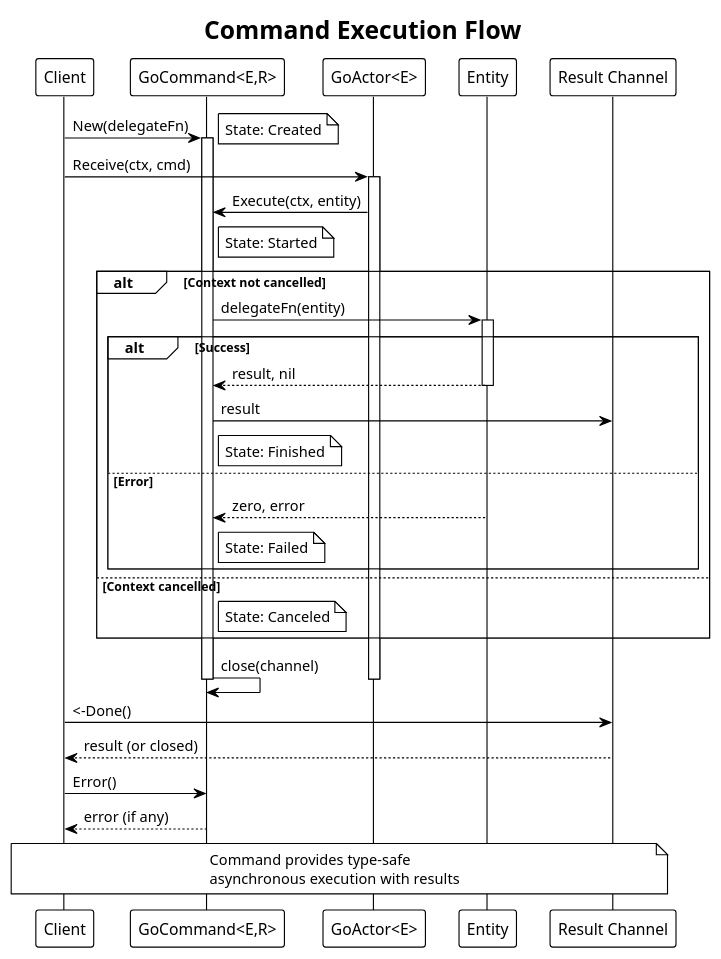
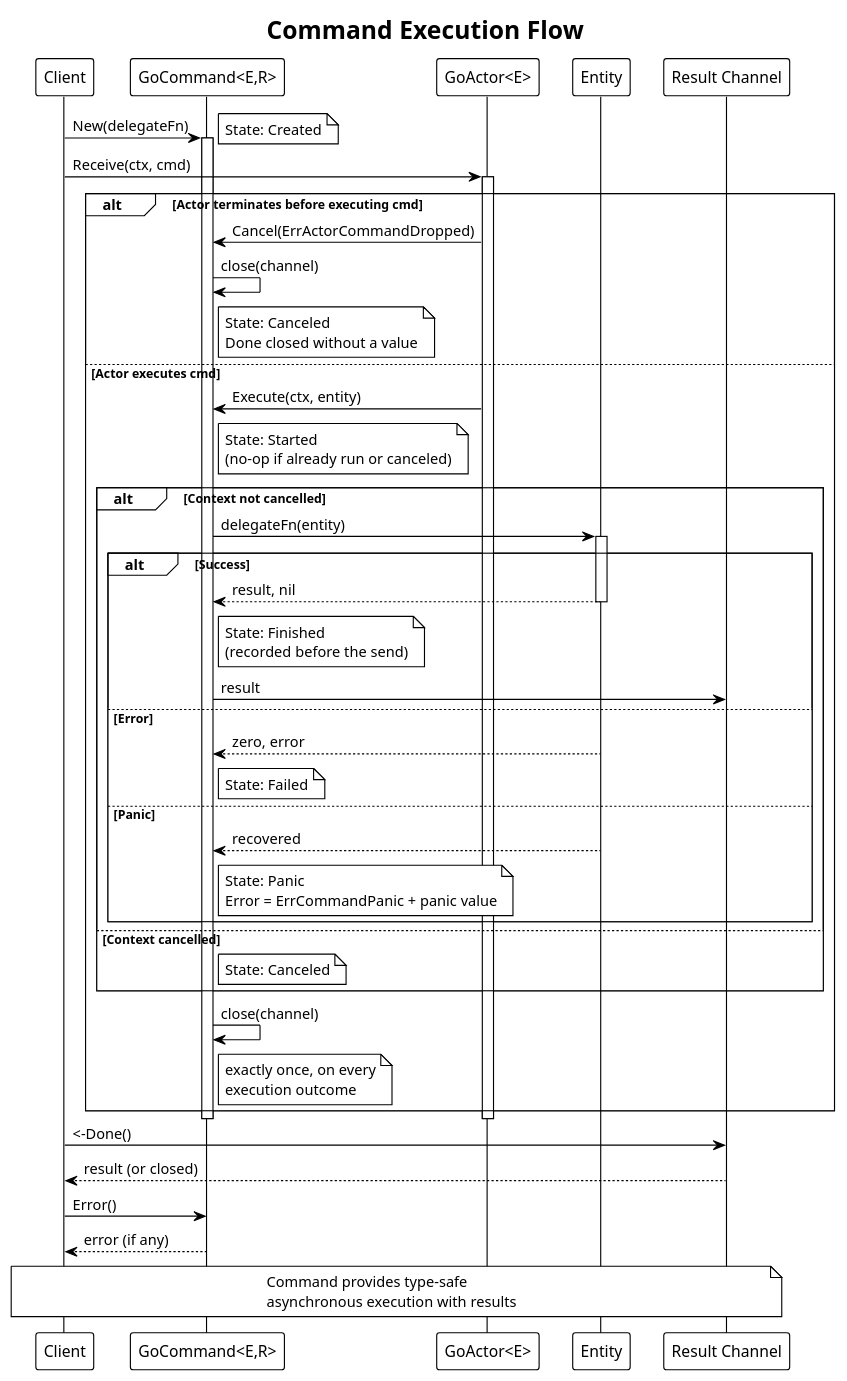
The diagram in docs/command-flow.puml (barnowlsnest/go-actorlib), drawn with PlantUML before and after one commit. The commit also changed 8 other files, not shown here.

```diff
--- a/docs/command-flow.puml
+++ b/docs/command-flow.puml
@@ -1,54 +1,66 @@
 @startuml command-flow
 !theme plain
 skinparam backgroundColor #FFFFFF
 
 title Command Execution Flow
 
 participant "Client" as client
 participant "GoCommand<E,R>" as cmd
 participant "GoActor<E>" as actor
 participant "Entity" as entity
 participant "Result Channel" as channel
 
 client -> cmd : New(delegateFn)
 activate cmd
 note right : State: Created
 
 client -> actor : Receive(ctx, cmd)
 activate actor
 
+alt Actor terminates before executing cmd
+  actor -> cmd : Cancel(ErrActorCommandDropped)
+  cmd -> cmd : close(channel)
+  note right of cmd : State: Canceled\nDone closed without a value
+else Actor executes cmd
 actor -> cmd : Execute(ctx, entity)
-note right of cmd : State: Started
+note right of cmd : State: Started\n(no-op if already run or canceled)
 
 alt Context not cancelled
   cmd -> entity : delegateFn(entity)
   activate entity
   
   alt Success
     entity --> cmd : result, nil
     deactivate entity
+    note right of cmd : State: Finished\n(recorded before the send)
     cmd -> channel : result
-    note right of cmd : State: Finished
   else Error
     entity --> cmd : zero, error
     deactivate entity
     note right of cmd : State: Failed
+  else Panic
+    entity --> cmd : recovered
+    deactivate entity
+    note right of cmd : State: Panic\nError = ErrCommandPanic + panic value
   end
   
 else Context cancelled
   note right of cmd : State: Canceled
 end
 
 cmd -> cmd : close(channel)
+note right of cmd : exactly once, on every\nexecution outcome
+end
+
 deactivate cmd
 deactivate actor
 
 client -> channel : <-Done()
 channel --> client : result (or closed)
 
 client -> cmd : Error()
 cmd --> client : error (if any)
 
 note over client, channel : Command provides type-safe\nasynchronous execution with results
 
 @enduml
```
